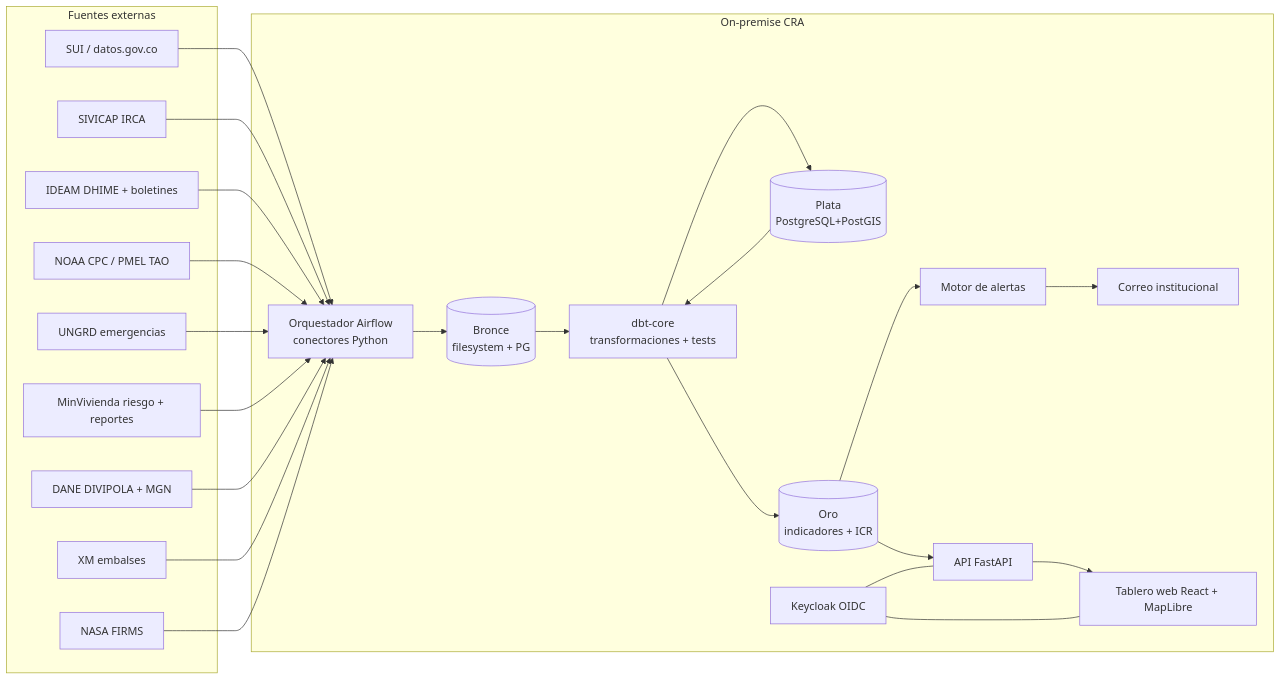
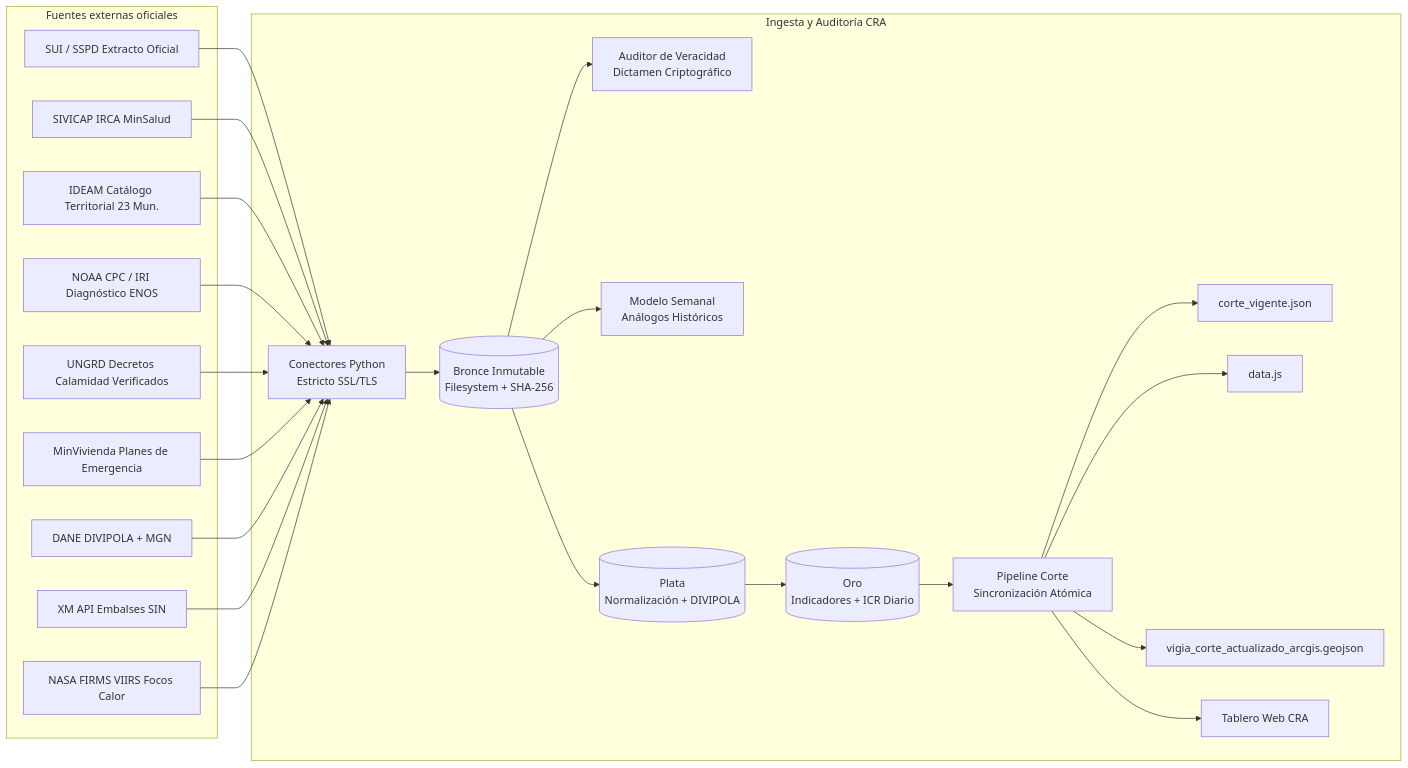
Before and after one commit to owlvault/cra-vigia-nino: the diagram in context-lake/docs/architecture.md, drawn with Mermaid. The commit also changed other lines of this file and 58 other files, not shown here.

````diff
--- a/context-lake/docs/architecture.md
+++ b/context-lake/docs/architecture.md
@@ -16,27 +16,27 @@
 ```mermaid
 flowchart LR
-  subgraph Fuentes externas
-    SUI[SUI / datos.gov.co]
-    INS[SIVICAP IRCA]
-    IDE[IDEAM DHIME + boletines]
-    CPC[NOAA CPC / PMEL TAO]
-    UNG[UNGRD emergencias]
-    MVC[MinVivienda riesgo + reportes]
+  subgraph Fuentes externas oficiales
+    SUI[SUI / SSPD Extracto Oficial]
+    INS[SIVICAP IRCA MinSalud]
+    IDE[IDEAM Catálogo Territorial 23 Mun.]
+    CPC[NOAA CPC / IRI Diagnóstico ENOS]
+    UNG[UNGRD Decretos Calamidad Verificados]
+    MVC[MinVivienda Planes de Emergencia]
     DANE[DANE DIVIPOLA + MGN]
-    XM[XM embalses]
-    FIR[NASA FIRMS]
+    XM[XM API Embalses SIN]
+    FIR[NASA FIRMS VIIRS Focos Calor]
   end
-  subgraph On-premise CRA
-    AF[Orquestador Airflow\nconectores Python] --> BR[(Bronce\nfilesystem + PG)]
-    BR --> DBT[dbt-core\ntransformaciones + tests]
-    DBT --> PL[(Plata\nPostgreSQL+PostGIS)]
-    PL --> DBT
-    DBT --> OR[(Oro\nindicadores + ICR)]
-    OR --> AL[Motor de alertas] --> SMTP[Correo institucional]
-    OR --> API[API FastAPI]
-    API --> WEB[Tablero web React + MapLibre]
-    IDP[Keycloak OIDC] --- API
-    IDP --- WEB
+  subgraph Ingesta y Auditoría CRA
+    CON[Conectores Python\nEstricto SSL/TLS] --> BR[(Bronce Inmutable\nFilesystem + SHA-256)]
+    BR --> AUD[Auditor de Veracidad\nDictamen Criptográfico]
+    BR --> MOD_SEM[Modelo Semanal\nAnálogos Históricos]
+    BR --> PL[(Plata\nNormalización + DIVIPOLA)]
+    PL --> OR[(Oro\nIndicadores + ICR Diario)]
+    OR --> PIP_CORTE[Pipeline Corte\nSincronización Atómica]
+    PIP_CORTE --> JSON[corte_vigente.json]
+    PIP_CORTE --> JS[data.js]
+    PIP_CORTE --> GEO[vigia_corte_actualizado_arcgis.geojson]
+    PIP_CORTE --> WEB[Tablero Web CRA]
   end
-  SUI & INS & IDE & CPC & UNG & MVC & DANE & XM & FIR --> AF
+  SUI & INS & IDE & CPC & UNG & MVC & DANE & XM & FIR --> CON
 ```
````
